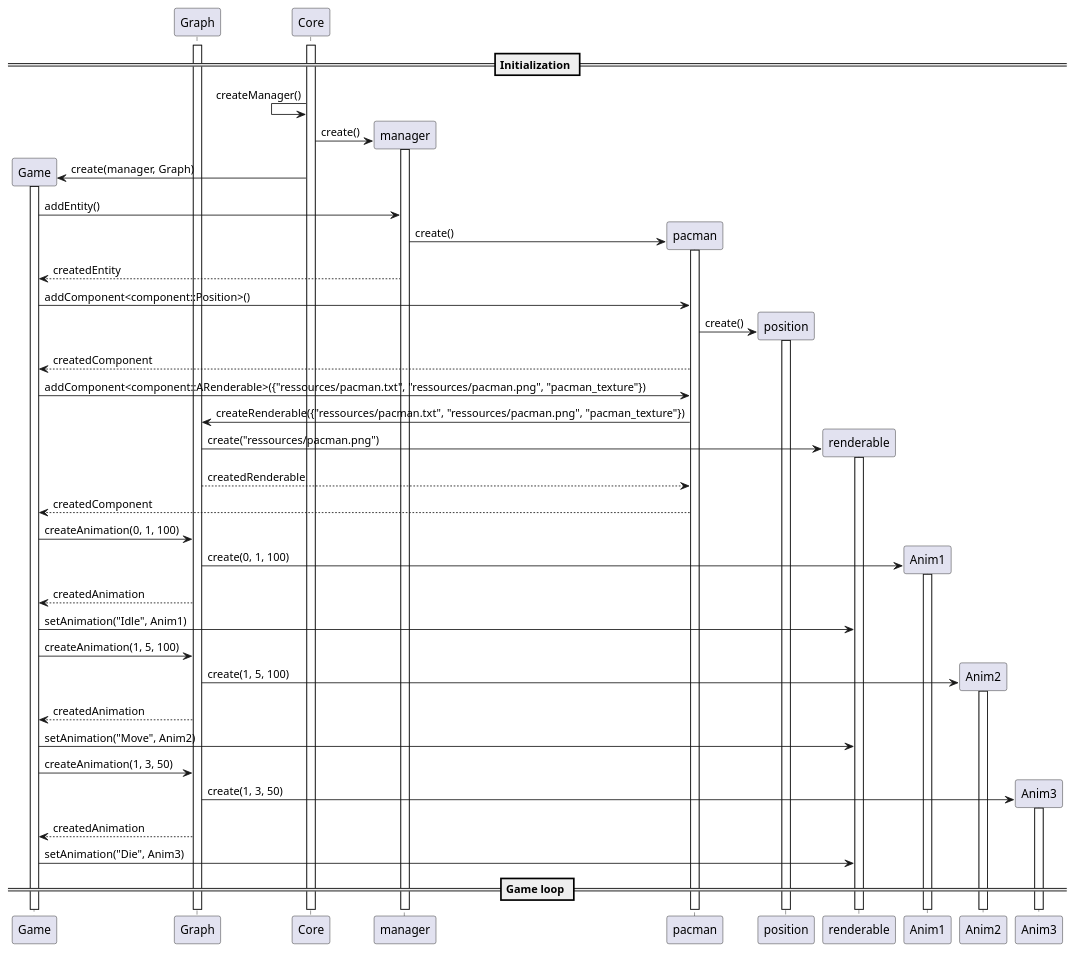
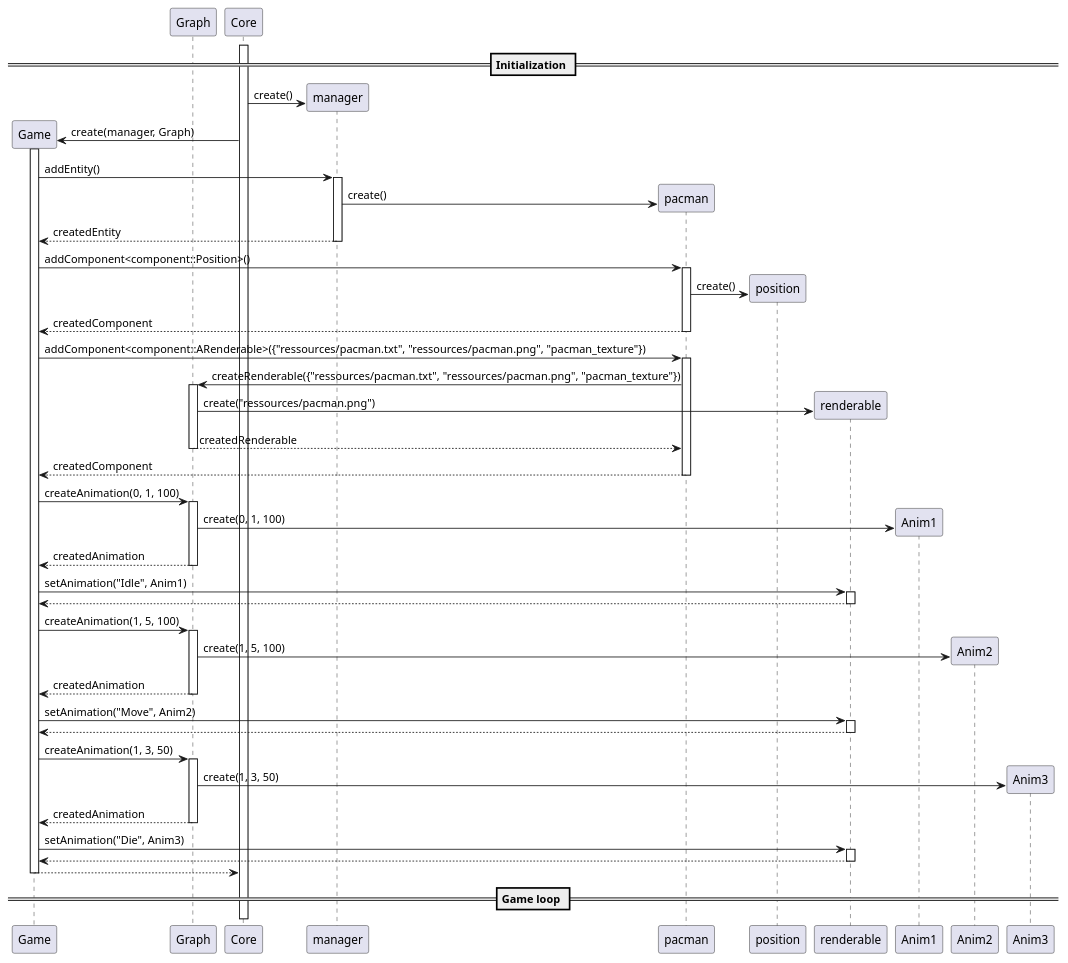
One commit to Madfish5415/OOP_arcade_2019 changed the diagram in arcade_sequence.puml. Above: the diagram before and after it, drawn with PlantUML. The commit also changed 1 other file, not shown here.

Commit message:
[Fix] Sequence diagram syntax

```diff
--- a/arcade_sequence.puml
+++ b/arcade_sequence.puml
@@ -1,58 +1,53 @@
 @startuml
 
 == Initialization ==
 participant Game
 participant Graph
 participant Core
 
 activate Core
-activate Graph
 
-Core <- Core: createManager()
 Core -> manager **: create()
-activate manager
 
 Game <- Core **: create(manager, Graph)
 activate Game
 
-manager <- Game: addEntity()
+Game -> manager ++: addEntity()
 manager -> pacman **: create()
-activate pacman
-Game <-- manager: createdEntity
+Game <-- manager --: createdEntity
 
-Game -> pacman: addComponent<component::Position>()
+Game -> pacman ++: addComponent<component::Position>()
 pacman -> position **: create()
-activate position
-Game <-- pacman: createdComponent
+Game <-- pacman --: createdComponent
 
-Game -> pacman: addComponent<component::ARenderable>({"ressources/pacman.txt", "ressources/pacman.png", "pacman_texture"})
-Graph <- pacman: createRenderable({"ressources/pacman.txt", "ressources/pacman.png", "pacman_texture"})
+Game -> pacman ++: addComponent<component::ARenderable>({"ressources/pacman.txt", "ressources/pacman.png", "pacman_texture"})
+pacman -> Graph ++: createRenderable({"ressources/pacman.txt", "ressources/pacman.png", "pacman_texture"})
 Graph -> renderable **: create("ressources/pacman.png")
-activate renderable
-Graph --> pacman: createdRenderable
-Game <-- pacman: createdComponent
+pacman <-- Graph --: createdRenderable
+Game <-- pacman --: createdComponent
 
-Game -> Graph: createAnimation(0, 1, 100)
+Game -> Graph ++: createAnimation(0, 1, 100)
 Graph -> Anim1 **: create(0, 1, 100)
-activate Anim1
-Game <-- Graph: createdAnimation
+Game <-- Graph --: createdAnimation
 
-Game -> renderable: setAnimation("Idle", Anim1)
+Game -> renderable ++: setAnimation("Idle", Anim1)
+return
 
-Game -> Graph: createAnimation(1, 5, 100)
+Game -> Graph ++: createAnimation(1, 5, 100)
 Graph -> Anim2 **: create(1, 5, 100)
-activate Anim2
-Game <-- Graph: createdAnimation
+Game <-- Graph --: createdAnimation
 
-Game -> renderable: setAnimation("Move", Anim2)
+Game -> renderable ++: setAnimation("Move", Anim2)
+return
 
-Game -> Graph: createAnimation(1, 3, 50)
+Game -> Graph ++: createAnimation(1, 3, 50)
 Graph -> Anim3 **: create(1, 3, 50)
-activate Anim3
-Game <-- Graph: createdAnimation
+Game <-- Graph --: createdAnimation
 
-Game -> renderable: setAnimation("Die", Anim3)
+Game -> renderable ++: setAnimation("Die", Anim3)
+return
 
+return
 == Game loop ==
 
 @enduml
```
